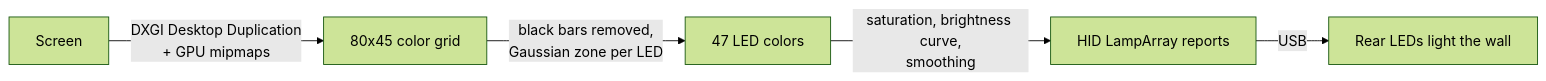
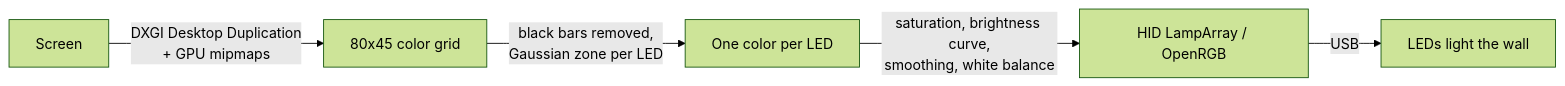
Before and after one commit to Ilyomix/glowback: the diagram in README.md, drawn with Mermaid (forest theme). The commit also changed other lines of this file and 27 other files, not shown here.

````diff
--- a/README.md
+++ b/README.md
@@ -185,7 +137,7 @@
 ```mermaid
 flowchart LR
     A[Screen] -->|DXGI Desktop Duplication<br/>+ GPU mipmaps| B[80x45 color grid]
-    B -->|black bars removed,<br/>Gaussian zone per LED| C[47 LED colors]
-    C -->|saturation, brightness curve,<br/>smoothing| D[HID LampArray reports]
-    D -->|USB| E[Rear LEDs light the wall]
+    B -->|black bars removed,<br/>Gaussian zone per LED| C[One color per LED]
+    C -->|saturation, brightness curve,<br/>smoothing, white balance| D[HID LampArray / OpenRGB]
+    D -->|USB| E[LEDs light the wall]
 ```
````
